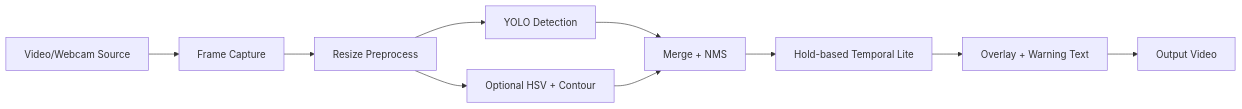
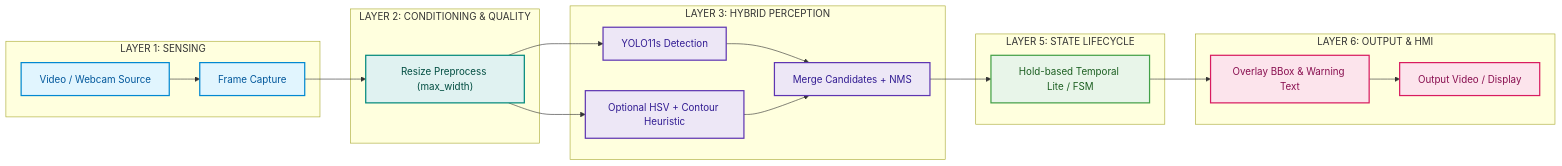
One commit to LeNguyenHaiDuong/adas-tsr changed the first of 20 diagrams in research/3.implementation/01.hybrid_pipeline_architecture.md. Above: the diagram before and after it, drawn with Mermaid. The commit also changed other lines of this file and 7 other files, not shown here.

````diff
--- a/research/3.implementation/01.hybrid_pipeline_architecture.md
+++ b/research/3.implementation/01.hybrid_pipeline_architecture.md
@@ -17,12 +17,38 @@
 ```mermaid
 flowchart LR
-    A[Video/Webcam Source] --> B[Frame Capture]
-    B --> C[Resize Preprocess]
-    C --> D[YOLO Detection]
-    C --> E[Optional HSV + Contour]
-    D --> F[Merge + NMS]
+    classDef layerSensing fill:#E1F5FE,stroke:#0288D1,stroke-width:2px,color:#01579B
+    classDef layerQuality fill:#E0F2F1,stroke:#00897B,stroke-width:2px,color:#004D40
+    classDef layerPerception fill:#EDE7F6,stroke:#5E35B1,stroke-width:2px,color:#311B92
+    classDef layerState fill:#E8F5E9,stroke:#43A047,stroke-width:2px,color:#1B5E20
+    classDef layerOutput fill:#FCE4EC,stroke:#D81B60,stroke-width:2px,color:#880E4F
+
+    subgraph L1 ["LAYER 1: SENSING"]
+        A["Video / Webcam Source"]:::layerSensing --> B["Frame Capture"]:::layerSensing
+    end
+
+    subgraph L2 ["LAYER 2: CONDITIONING & QUALITY"]
+        C["Resize Preprocess (max_width)"]:::layerQuality
+    end
+
+    subgraph L3 ["LAYER 3: HYBRID PERCEPTION"]
+        D["YOLO11s Detection"]:::layerPerception
+        E["Optional HSV + Contour Heuristic"]:::layerPerception
+        F["Merge Candidates + NMS"]:::layerPerception
+    end
+
+    subgraph L5 ["LAYER 5: STATE LIFECYCLE"]
+        G["Hold-based Temporal Lite / FSM"]:::layerState
+    end
+
+    subgraph L6 ["LAYER 6: OUTPUT & HMI"]
+        H["Overlay BBox & Warning Text"]:::layerOutput --> I["Output Video / Display"]:::layerOutput
+    end
+
+    B --> C
+    C --> D
+    C --> E
+    D --> F
     E --> F
-    F --> G[Hold-based Temporal Lite]
-    G --> H[Overlay + Warning Text]
-    H --> I[Output Video]
+    F --> G
+    G --> H
 ```
````
